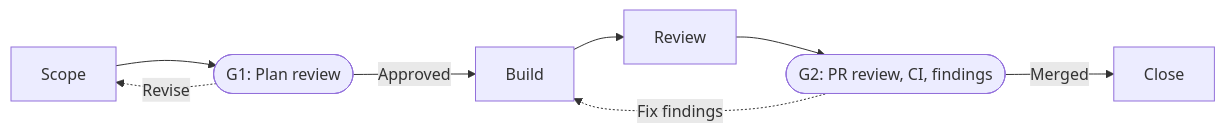
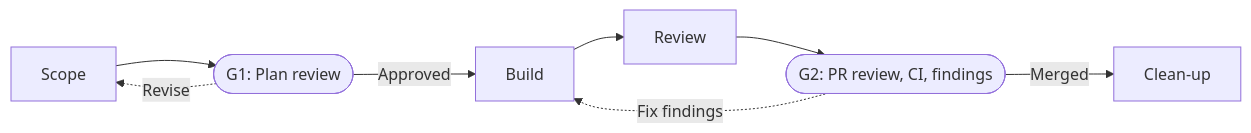
One commit to MatheusCastro99/MatheusCastro99 changed the second of 2 diagrams in README.md. Above: the diagram before and after it, drawn with Mermaid. The commit also changed other lines of this file, not shown here.

Commit message:
Resolve merge markers; use Clean-up wording

````diff
--- a/README.md
+++ b/README.md
@@ -99,10 +99,10 @@
 ```mermaid
 flowchart LR
     A["Scope"] --> G1(["G1: Plan review"])
     G1 -. Revise .-> A
     G1 -- Approved --> B["Build"]
     B --> C["Review"]
     C --> G2(["G2: PR review, CI, findings"])
     G2 -. Fix findings .-> B
-    G2 -- Merged --> D["Close"]
+    G2 -- Merged --> D["Clean-up"]
 ```
````
